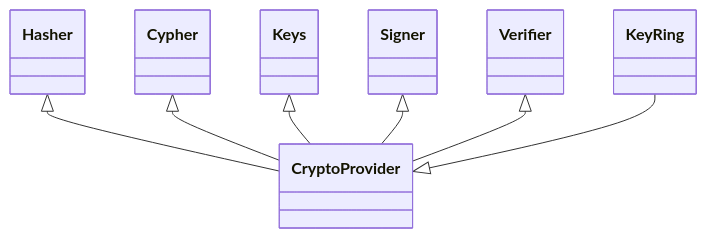
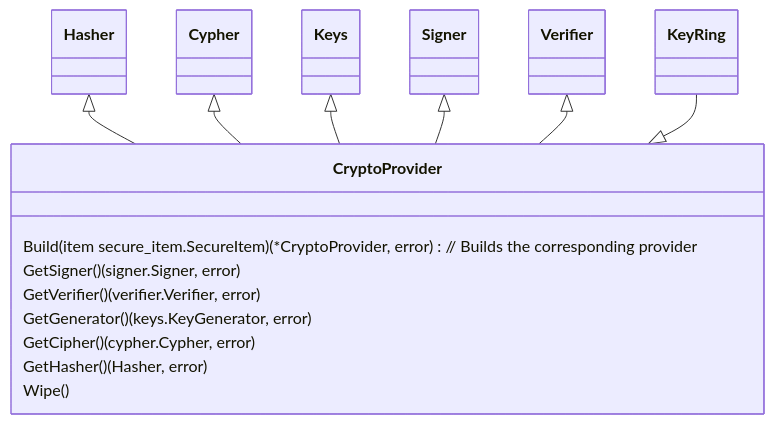
Before and after one commit to Zondax/cosmos-sdk: the second of 7 diagrams in crypto/docs/adr.md, drawn with Mermaid. The commit also changed other lines of this file and 1 other file, not shown here.

Commit message:
improvements on diagrams

````diff
--- a/crypto/docs/adr.md
+++ b/crypto/docs/adr.md
@@ -73,10 +72,18 @@
 ```mermaid
 classDiagram
 Hasher <|-- CryptoProvider
 Cypher <|-- CryptoProvider
 Keys <|-- CryptoProvider
 Signer <|-- CryptoProvider
 Verifier <|-- CryptoProvider
 
 KeyRing --|> CryptoProvider
+
+CryptoProvider : Build(item secure_item.SecureItem) (*CryptoProvider, error) // Builds the corresponding provider
+CryptoProvider : GetSigner() (signer.Signer, error)
+CryptoProvider : GetVerifier() (verifier.Verifier, error)
+CryptoProvider : GetGenerator() (keys.KeyGenerator, error)
+CryptoProvider : GetCipher() (cypher.Cypher, error)
+CryptoProvider : GetHasher() (Hasher, error)
+CryptoProvider : Wipe()
 ```
````
